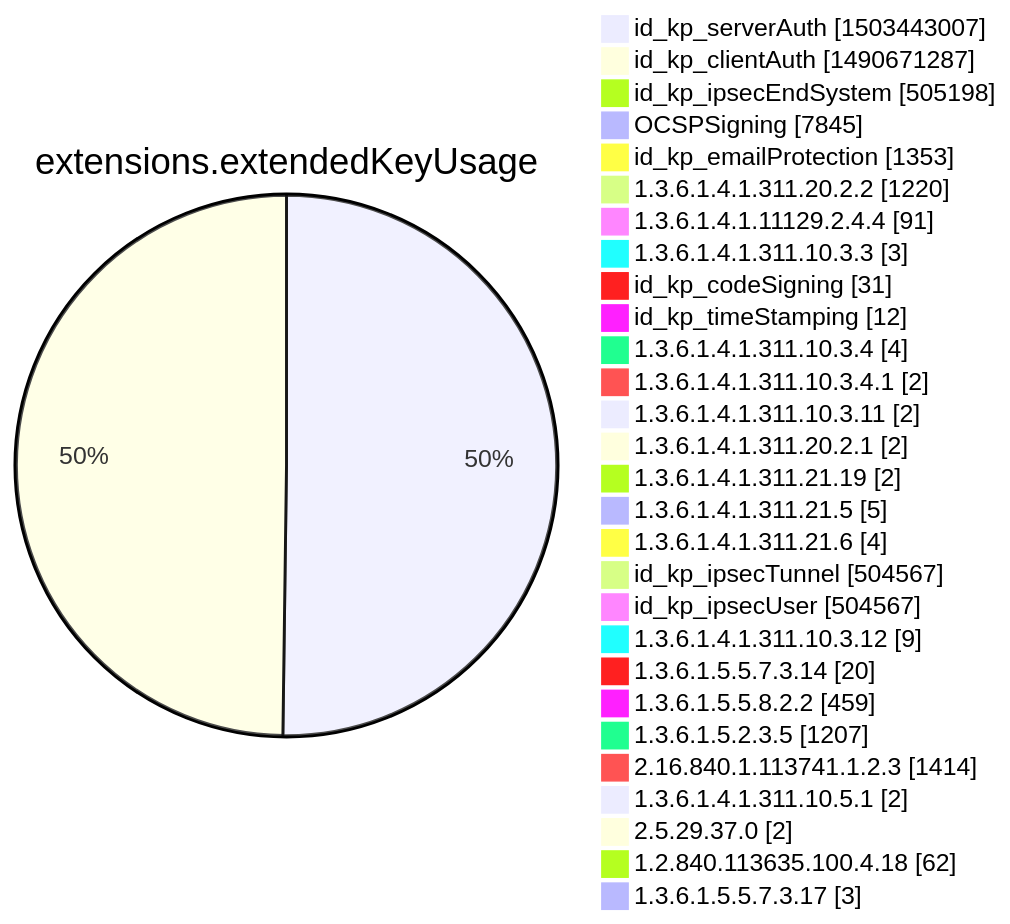
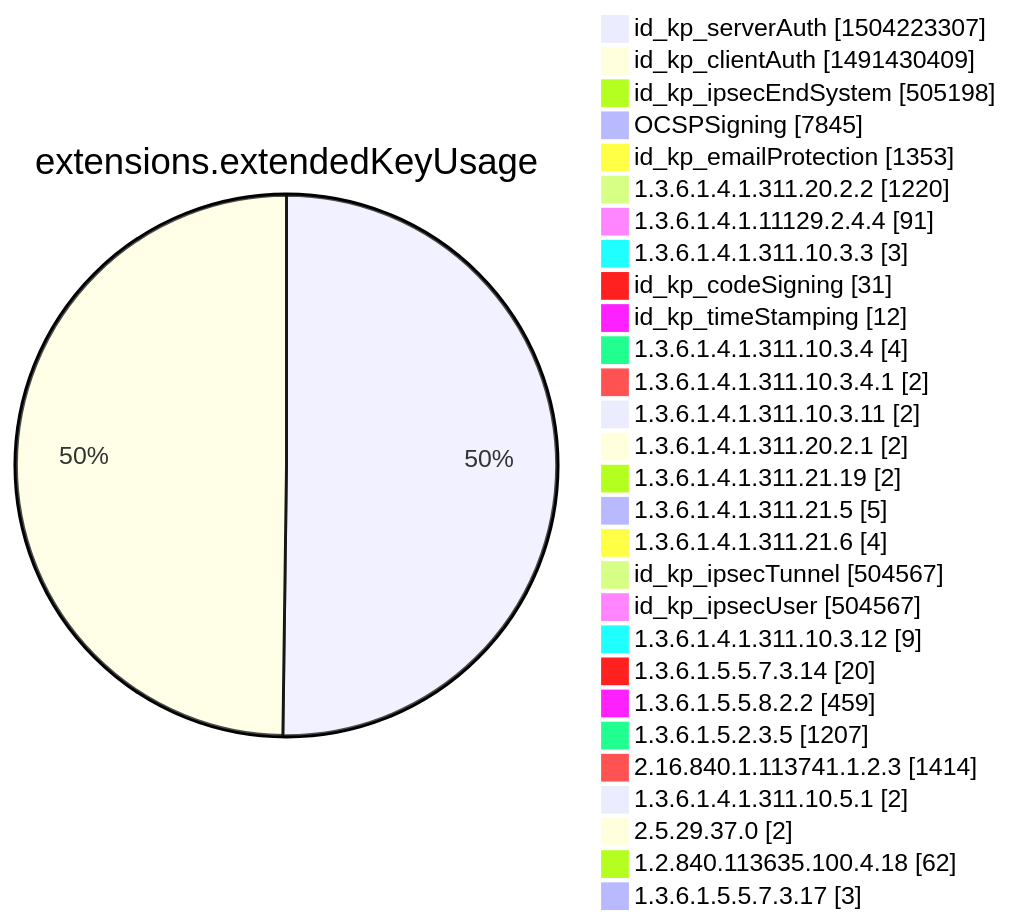
One commit to christiankrug/ctmonitor_visualization changed diagram 12 of 15 in xenon2022/README.md. Above: the diagram before and after it, drawn with Mermaid. The commit also changed other lines of this file, not shown here.

````diff
--- a/xenon2022/README.md
+++ b/xenon2022/README.md
@@ -3875,32 +3876,32 @@
 ```mermaid
 pie showData
 title extensions.extendedKeyUsage
-"id_kp_serverAuth" :1503443007
-"id_kp_clientAuth" :1490671287
+"id_kp_serverAuth" :1504223307
+"id_kp_clientAuth" :1491430409
 "id_kp_ipsecEndSystem" :505198
 "OCSPSigning" :7845
 "id_kp_emailProtection" :1353
 "1.3.6.1.4.1.311.20.2.2" :1220
 "1.3.6.1.4.1.11129.2.4.4" :91
 "1.3.6.1.4.1.311.10.3.3" :3
 "id_kp_codeSigning" :31
 "id_kp_timeStamping" :12
 "1.3.6.1.4.1.311.10.3.4" :4
 "1.3.6.1.4.1.311.10.3.4.1" :2
 "1.3.6.1.4.1.311.10.3.11" :2
 "1.3.6.1.4.1.311.20.2.1" :2
 "1.3.6.1.4.1.311.21.19" :2
 "1.3.6.1.4.1.311.21.5" :5
 "1.3.6.1.4.1.311.21.6" :4
 "id_kp_ipsecTunnel" :504567
 "id_kp_ipsecUser" :504567
 "1.3.6.1.4.1.311.10.3.12" :9
 "1.3.6.1.5.5.7.3.14" :20
 "1.3.6.1.5.5.8.2.2" :459
 "1.3.6.1.5.2.3.5" :1207
 "2.16.840.1.113741.1.2.3" :1414
 "1.3.6.1.4.1.311.10.5.1" :2
 "2.5.29.37.0" :2
 "1.2.840.113635.100.4.18" :62
 "1.3.6.1.5.5.7.3.17" :3
 ```
````
